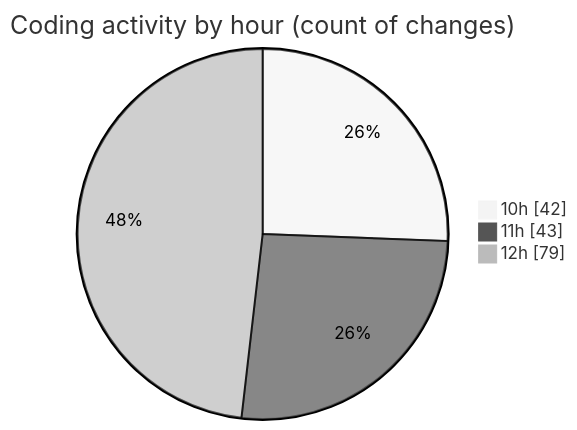
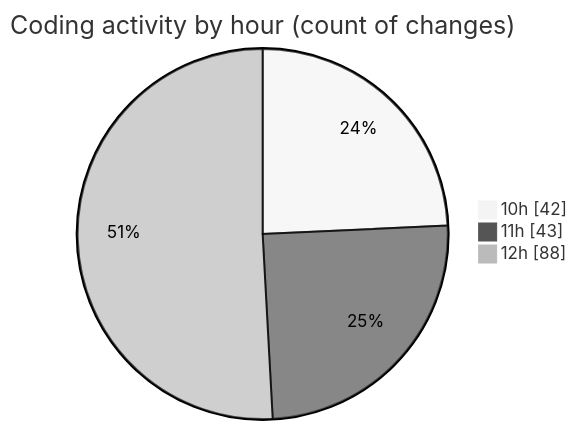
Before and after one commit to CELIANVF/code-tracking: the second of 2 diagrams in 2025-05-15/ecodeli-1/README.md, drawn with Mermaid (neutral theme). The commit also changed other lines of this file and 1 other file, not shown here.

````diff
--- a/2025-05-15/ecodeli-1/README.md
+++ b/2025-05-15/ecodeli-1/README.md
@@ -68,7 +69,7 @@
 ```mermaid
 pie showData
 title Coding activity by hour (count of changes)
 "10h" : 42
 "11h" : 43
-"12h" : 79
+"12h" : 88
 ```
````
